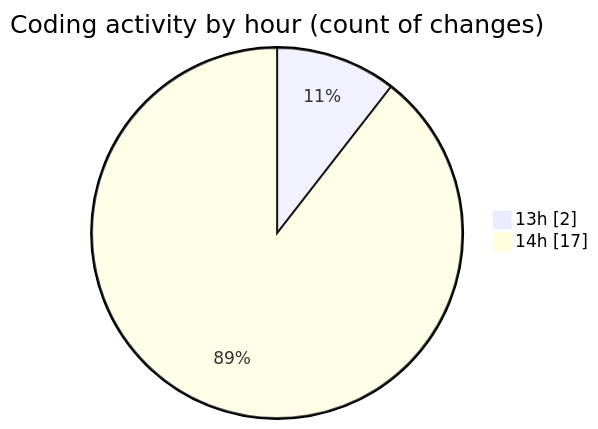
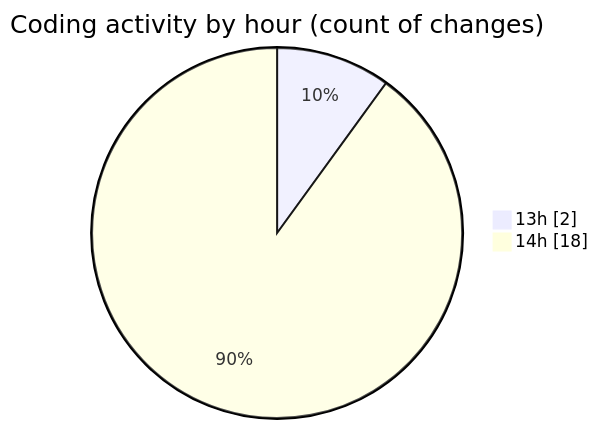
The second of 2 diagrams in 2025-05-31/nxtqube_webapp/README.md (nxtqubesakshisongat/code-tracking), drawn with Mermaid before and after one commit. The commit also changed other lines of this file and 1 other file, not shown here.

````diff
--- a/2025-05-31/nxtqube_webapp/README.md
+++ b/2025-05-31/nxtqube_webapp/README.md
@@ -30,6 +30,6 @@
 ```mermaid
 pie showData
 title Coding activity by hour (count of changes)
 "13h" : 2
-"14h" : 17
+"14h" : 18
 ```
````
